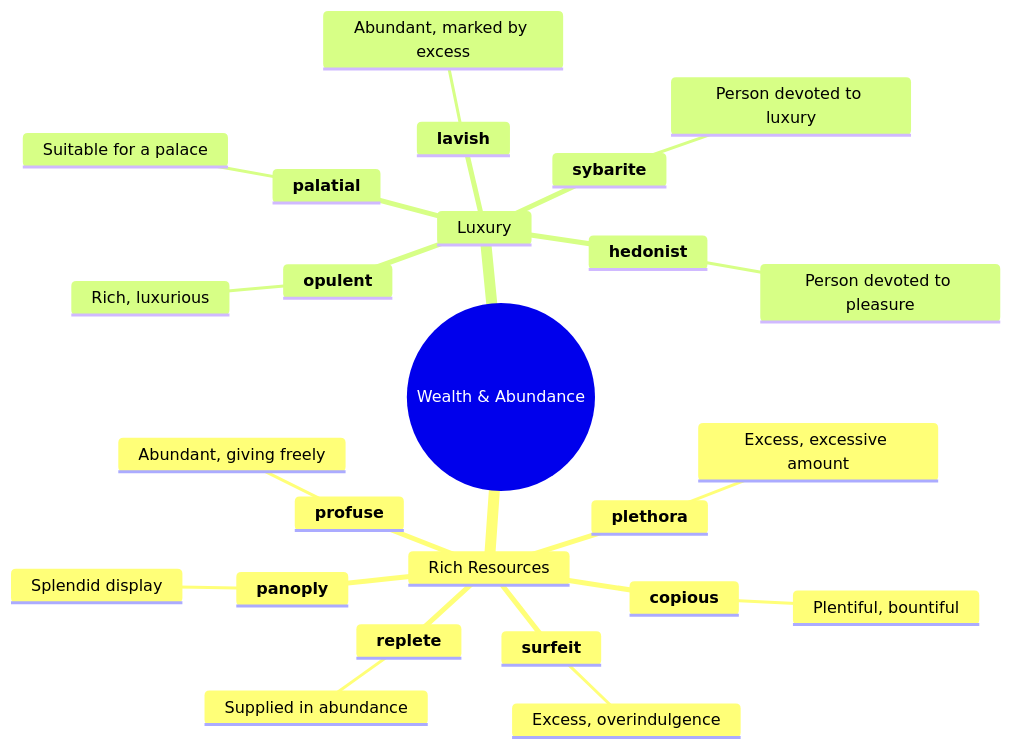
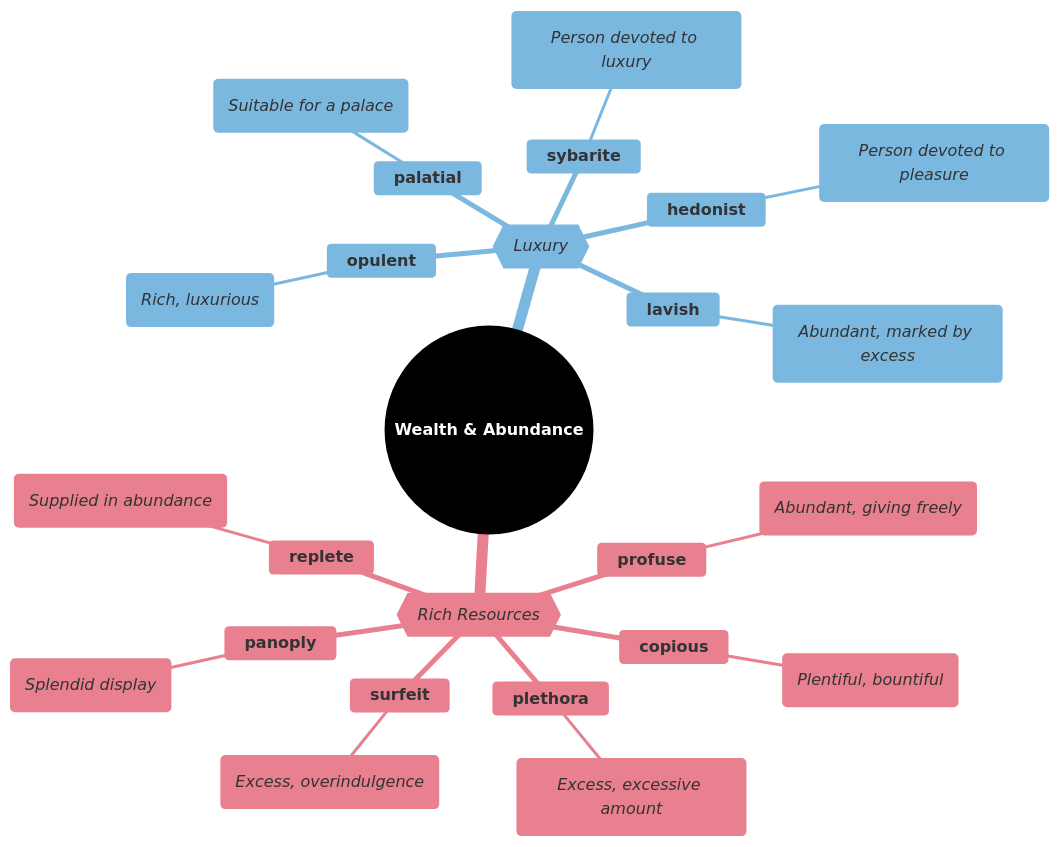
One commit to 95anantsingh/gre-preparation changed the second of 7 diagrams in mindmaps/11-wealth-and-poverty.md. Above: the diagram before and after it, drawn with Mermaid. The commit also changed other lines of this file and 14 other files, not shown here.

````diff
--- a/mindmaps/11-wealth-and-poverty.md
+++ b/mindmaps/11-wealth-and-poverty.md
@@ -84,28 +103,47 @@
 ```mermaid
+%%{
+  init: {
+    "theme": "base",
+    "themeVariables": {
+      "primaryColor": "#000000",
+      "cScale1": "#e8808f",  "cScaleInv1": "#a33445",
+      "cScale2": "#7bb8e0",  "cScaleInv2": "#266a93",
+      "cScale3": "#6db993",  "cScaleInv3": "#23543f",
+      "cScale4": "#f5d07a",  "cScaleInv4": "#c4903b",
+      "cScale5": "#b08fcc",  "cScaleInv5": "#5d3b75",
+      "cScale6": "#74dace",  "cScaleInv6": "#217d72",
+      "cScale7": "#f09570",  "cScaleInv7": "#b84112",
+      "cScale8": "#8ea8c2",  "cScaleInv8": "#32465e",
+      "cScale9": "#cc7fba",  "cScaleInv9": "#7d2868",
+      "cScale10": "#c99a78", "cScaleInv10": "#7c4e32",
+      "cScale11": "#a3a3a3", "cScaleInv11": "#3d3d3d"
+    }
+  }
+}%%
 mindmap
-  root((Wealth & Abundance))
-    Rich Resources
+  root((<font color=white>**Wealth & Abundance**</font>))
+    {{_Rich Resources_}}
       **copious**
-        Plentiful, bountiful
+        (_Plentiful, bountiful_)
       **replete**
-        Supplied in abundance
+        (_Supplied in abundance_)
       **plethora**
-        Excess, excessive amount
+        (_Excess, excessive amount_)
       **surfeit**
-        Excess, overindulgence
+        (_Excess, overindulgence_)
       **panoply**
-        Splendid display
+        (_Splendid display_)
       **profuse**
-        Abundant, giving freely
-    Luxury
+        (_Abundant, giving freely_)
+    {{_Luxury_}}
       **palatial**
-        Suitable for a palace
+        (_Suitable for a palace_)
       **opulent**
-        Rich, luxurious
+        (_Rich, luxurious_)
       **lavish**
-        Abundant, marked by excess
+        (_Abundant, marked by excess_)
       **sybarite**
-        Person devoted to luxury
+        (_Person devoted to luxury_)
       **hedonist**
-        Person devoted to pleasure
+        (_Person devoted to pleasure_)
 ```
````
